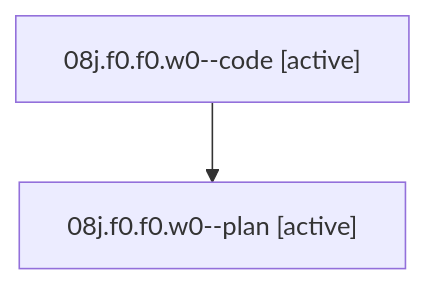
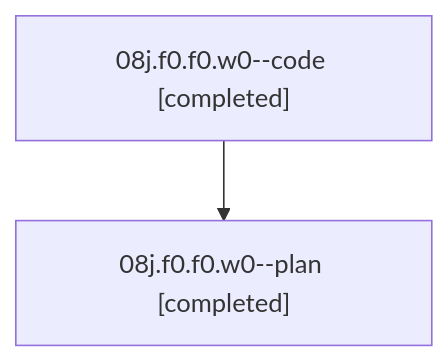
One commit to bobs-org/bob-cli--agents changed the diagram in families/bbugyi200.athena.08j.f0.f0.w0.md. Above: the diagram before and after it, drawn with Mermaid. The commit also changed other lines of this file and 38 other files, not shown here.

````diff
--- a/families/bbugyi200.athena.08j.f0.f0.w0.md
+++ b/families/bbugyi200.athena.08j.f0.f0.w0.md
@@ -9,6 +9,6 @@
 ```mermaid
 flowchart TD
-  n0["08j.f0.f0.w0--code [active]"]
-  n1["08j.f0.f0.w0--plan [active]"]
+  n0["08j.f0.f0.w0--code [completed]"]
+  n1["08j.f0.f0.w0--plan [completed]"]
   n0 --> n1
 ```
````
